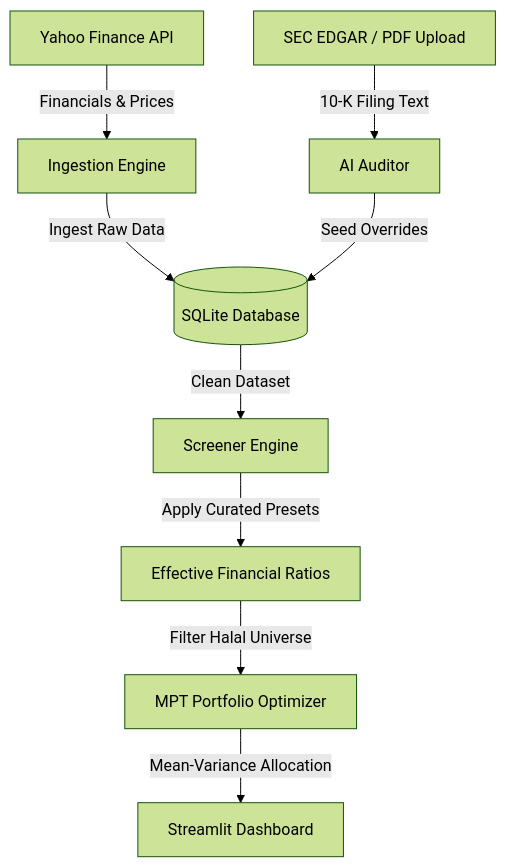
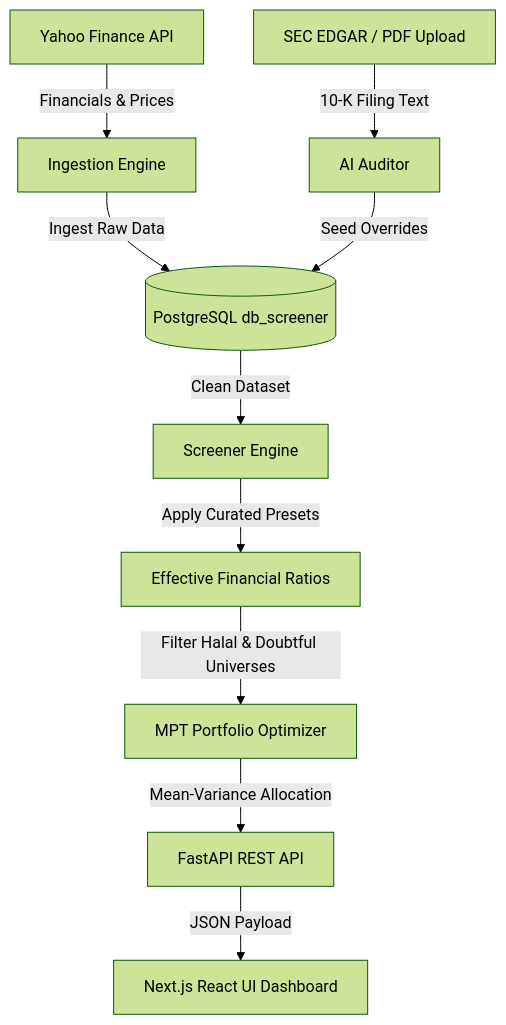
One commit to loud3stsil3nce/shariahcompliantscreener changed the diagram in README.md. Above: the diagram before and after it, drawn with Mermaid (forest theme). The commit also changed other lines of this file and 22 other files, not shown here.

````diff
--- a/README.md
+++ b/README.md
@@ -7,11 +7,12 @@
 ```mermaid
 graph TD
     A[Yahoo Finance API] -->|Financials & Prices| B[Ingestion Engine]
     C[SEC EDGAR / PDF Upload] -->|10-K Filing Text| D[AI Auditor]
-    B -->|Ingest Raw Data| E[(SQLite Database)]
+    B -->|Ingest Raw Data| E[(PostgreSQL db_screener)]
     D -->|Seed Overrides| E
     E -->|Clean Dataset| F[Screener Engine]
     F -->|Apply Curated Presets| G[Effective Financial Ratios]
-    G -->|Filter Halal Universe| H[MPT Portfolio Optimizer]
-    H -->|Mean-Variance Allocation| I[Streamlit Dashboard]
+    G -->|Filter Halal & Doubtful Universes| H[MPT Portfolio Optimizer]
+    H -->|Mean-Variance Allocation| I[FastAPI REST API]
+    I -->|JSON Payload| J[Next.js React UI Dashboard]
 ```
````
